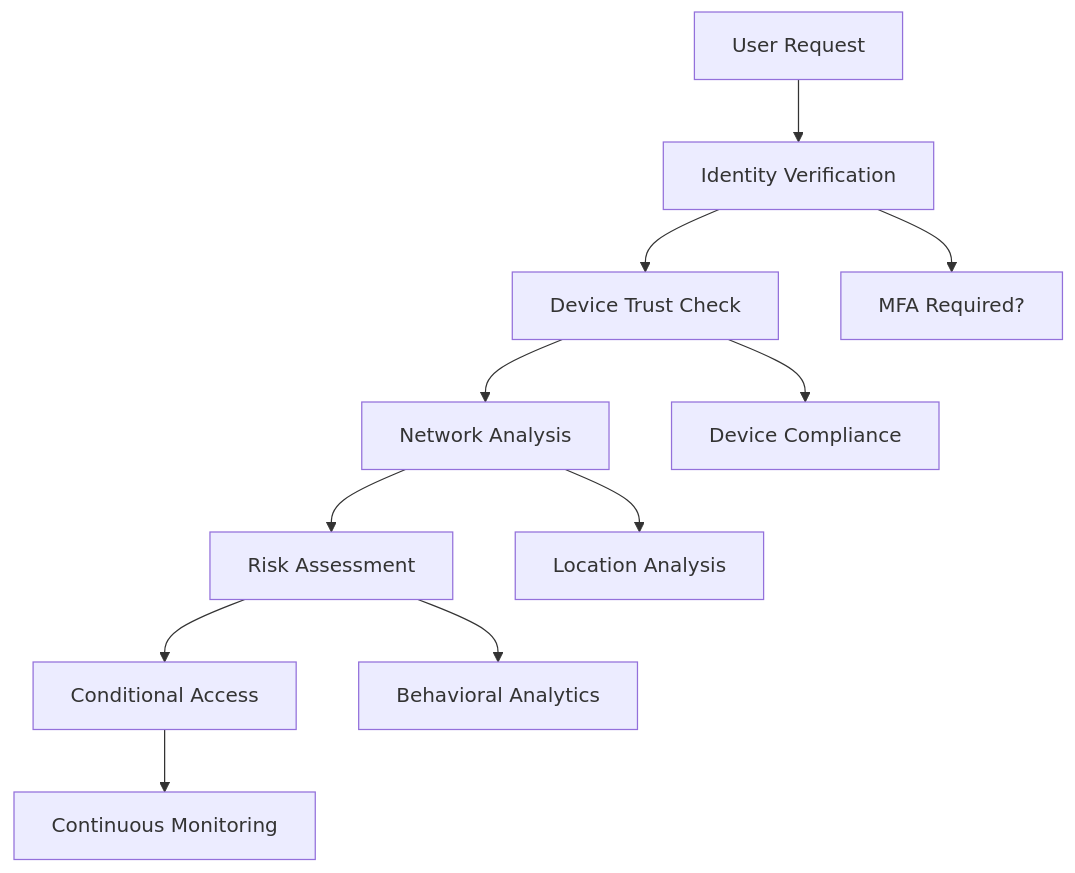
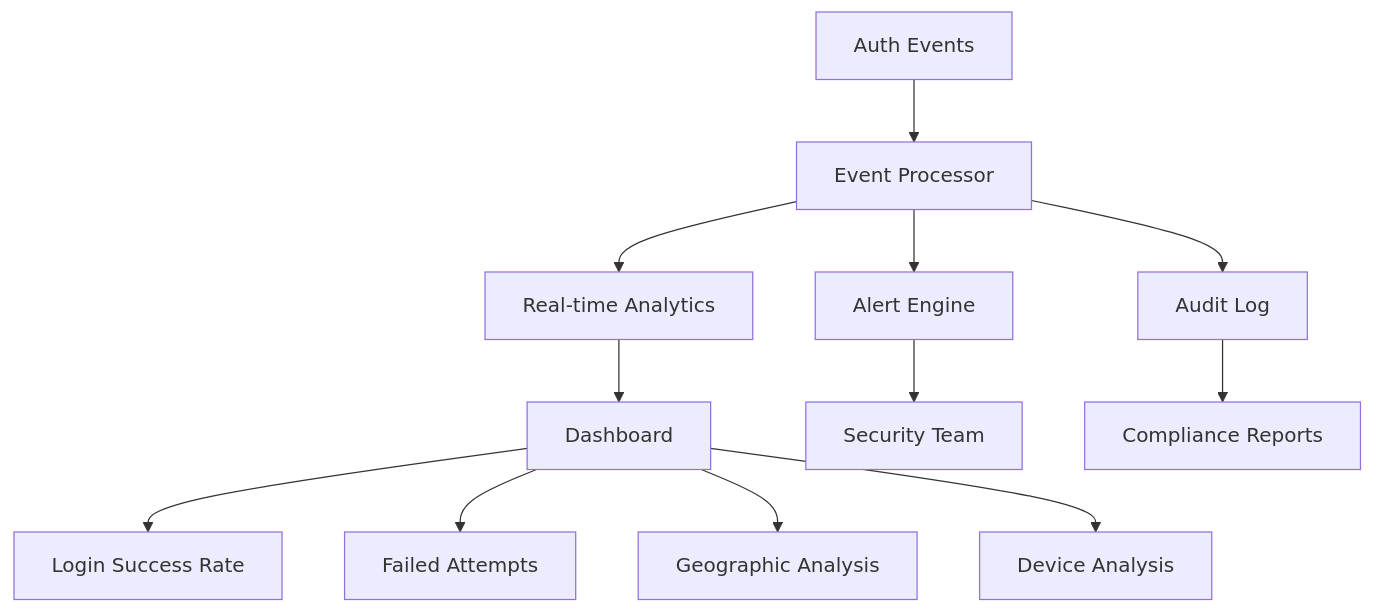
One commit to shayne007/blog changed the eighth of 8 diagrams in source/_posts/Design-User-Login-Systems-with-SSO-Feature.md. Above: the diagram before and after it, drawn with Mermaid. The commit also changed other lines of this file, not shown here.

Commit message:
add user login system

````diff
--- a/source/_posts/Design-User-Login-Systems-with-SSO-Feature.md
+++ b/source/_posts/Design-User-Login-Systems-with-SSO-Feature.md
@@ -932,14 +799,15 @@
-```mermaid
-graph TB
-    A[User Request] --> B[Identity Verification]
-    B --> C[Device Trust Check]
-    C --> D[Network Analysis]
-    D --> E[Risk Assessment]
-    E --> F[Conditional Access]
-    F --> G[Continuous Monitoring]
+{% mermaid graph TB %}
+    A[Auth Events] --> B[Event Processor]
+    B --> C[Real-time Analytics]
+    B --> D[Alert Engine]
+    B --> E[Audit Log]
     
-    B --> H[MFA Required?]
-    C --> I[Device Compliance]
-    D --> J[Location Analysis]
-    E --> K[Behavioral Analytics]
-```
+    C --> F[Dashboard]
+    D --> G[Security Team]
+    E --> H[Compliance Reports]
+    
+    F --> I[Login Success Rate]
+    F --> J[Failed Attempts]
+    F --> K[Geographic Analysis]
+    F --> L[Device Analysis]
+{% endmermaid %}
````
